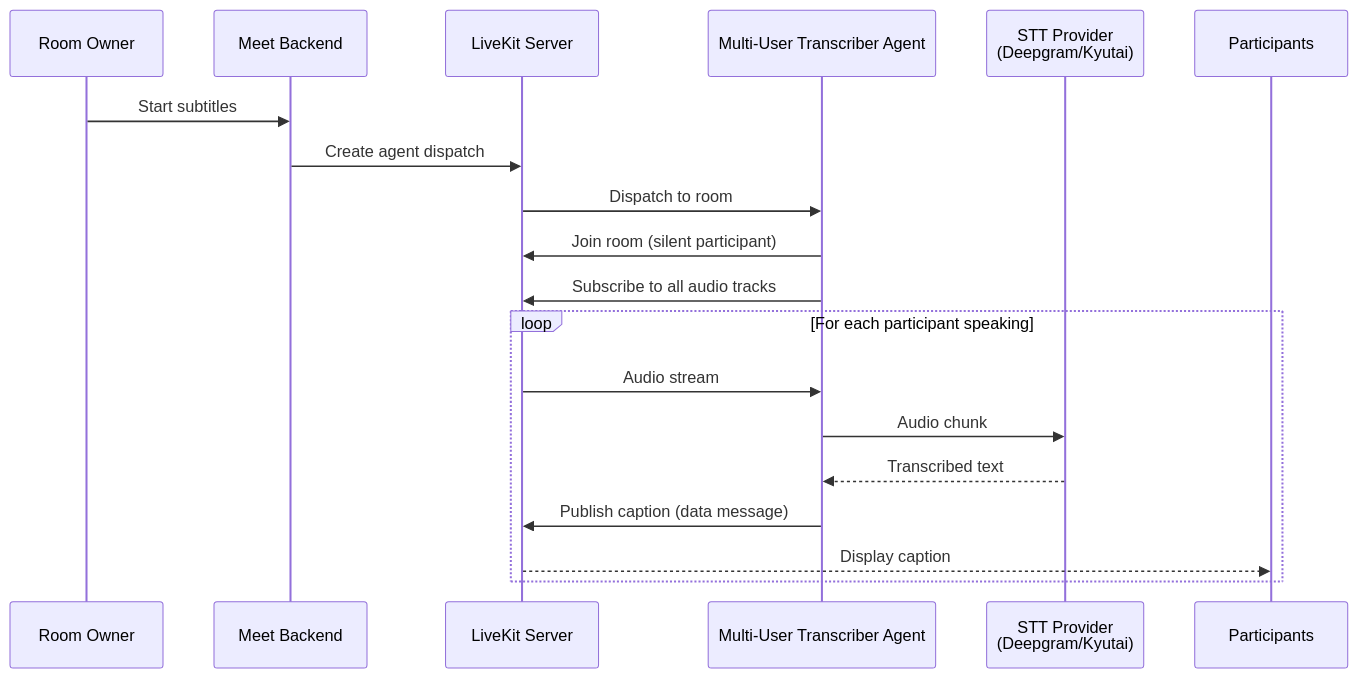
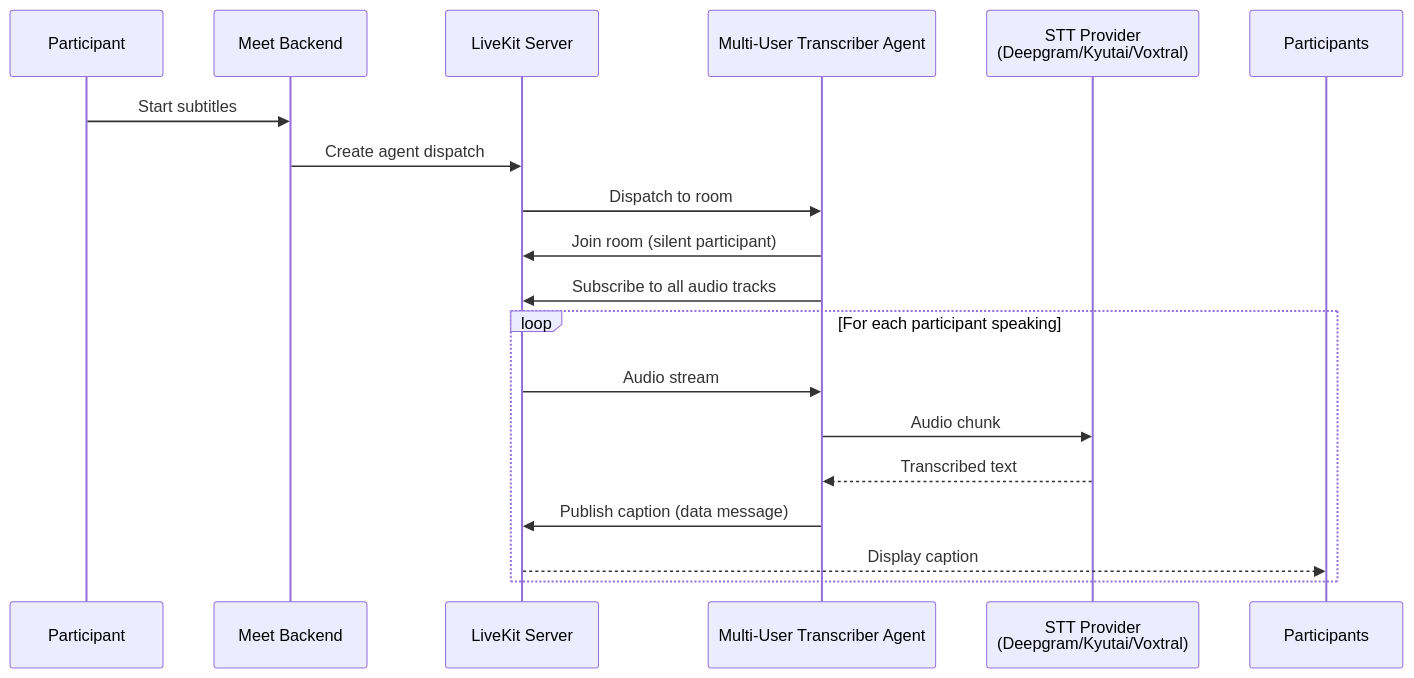
Before and after one commit to suitenumerique/meet: the diagram in docs/self-hosting/configuration/subtitles.md, drawn with Mermaid. The commit also changed other lines of this file and 63 other files, not shown here.

````diff
--- a/docs/self-hosting/configuration/subtitles.md
+++ b/docs/self-hosting/configuration/subtitles.md
@@ -7,23 +7,23 @@
 ```mermaid
 sequenceDiagram
-    participant Owner as Room Owner
+    participant Owner as Participant
     participant Backend as Meet Backend
     participant LK as LiveKit Server
     participant Agent as Multi-User Transcriber Agent
-    participant STT as STT Provider<br/>(Deepgram/Kyutai)
+    participant STT as STT Provider<br/>(Deepgram/Kyutai/Voxtral)
     participant Users as Participants
 
     Owner->>Backend: Start subtitles
     Backend->>LK: Create agent dispatch
     LK->>Agent: Dispatch to room
     Agent->>LK: Join room (silent participant)
     Agent->>LK: Subscribe to all audio tracks
     
     loop For each participant speaking
         LK->>Agent: Audio stream
         Agent->>STT: Audio chunk
         STT-->>Agent: Transcribed text
         Agent->>LK: Publish caption (data message)
         LK-->>Users: Display caption
     end
 ```
````
